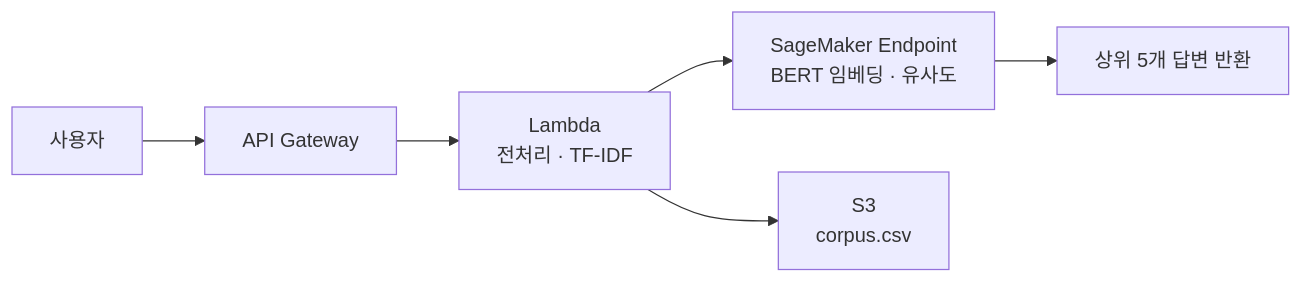
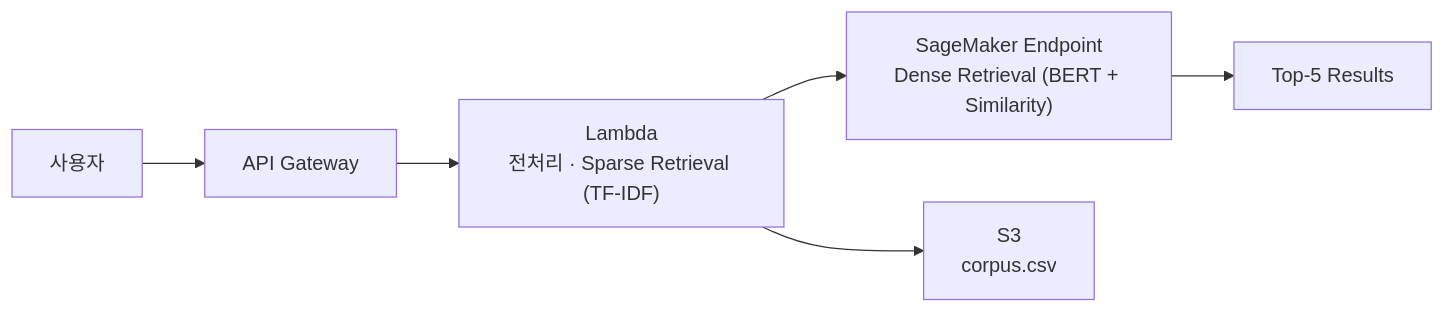
One commit to alicesworld88-debug/pet-health-ai changed the third of 3 diagrams in README.md. Above: the diagram before and after it, drawn with Mermaid. The commit also changed other lines of this file, not shown here.

Commit message:
docs: 다이어그램 핵심 기술 용어 영문 보강 (Sparse/Dense Retrieval, Colloquial Normalization)

````diff
--- a/README.md
+++ b/README.md
@@ -89,8 +89,8 @@
 ```mermaid
 flowchart LR
     U["사용자"] --> AG["API Gateway"]
-    AG --> LM["Lambda\n전처리 · TF-IDF"]
-    LM --> SM["SageMaker Endpoint\nBERT 임베딩 · 유사도"]
+    AG --> LM["Lambda\n전처리 · Sparse Retrieval (TF-IDF)"]
+    LM --> SM["SageMaker Endpoint\nDense Retrieval (BERT + Similarity)"]
     LM --> S3["S3\ncorpus.csv"]
-    SM --> R["상위 5개 답변 반환"]
+    SM --> R["Top-5 Results"]
 ```
````
